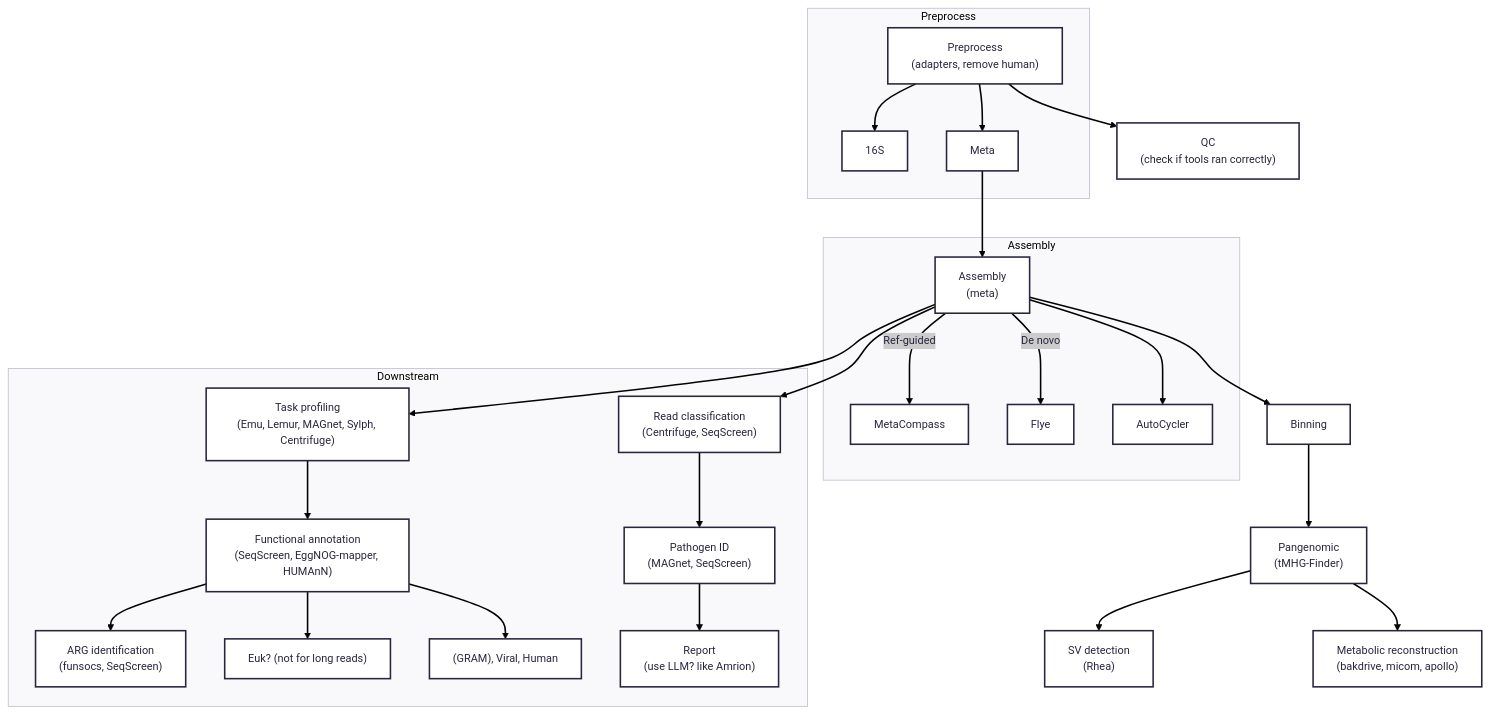
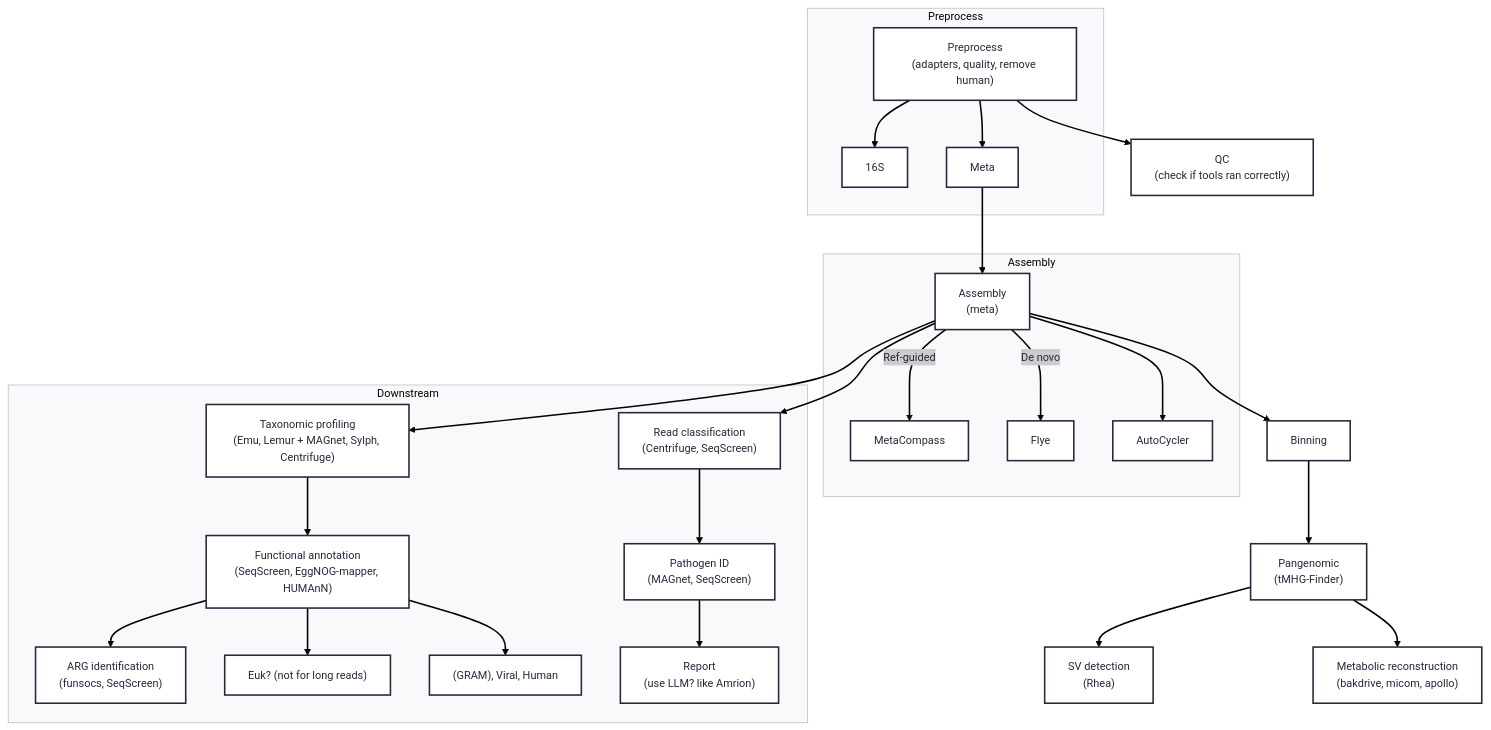
One commit to treangenlab/somatem changed the diagram in docs/flowchart.md. Above: the diagram before and after it, drawn with Mermaid.

Commit message:
mermaidchart recalibrated

````diff
--- a/docs/flowchart.md
+++ b/docs/flowchart.md
@@ -1,40 +1,40 @@
 ```mermaid
 ---
 config:
       theme: redux
 ---
 flowchart TD
-
-subgraph Preprocess
-    preprocess["Preprocess<br>(adapters, remove human)"]
-    preprocess --> fastq_16S[16S]
-    preprocess --> fastq_meta[Meta]
-end
-
-subgraph Assembly
-    fastq_meta --> asm["Assembly<br>(meta)"]
-    asm -->|Ref-guided| metacomp[MetaCompass]
-    asm -->|De novo| flye[Flye]
-    asm --> autocycler[AutoCycler]
-end
-
-asm --> binning[Binning]
-binning --> pangenomic["Pangenomic<br>(tMHG-Finder)"]
-pangenomic --> SV["SV detection<br>(Rhea)"]
-pangenomic --> metabolic["Metabolic reconstruction<br>(bakdrive, micom, apollo)"]
-
-subgraph Downstream
-    asm --> task["Task profiling<br>(Emu, Lemur, MAGnet, Sylph, Centrifuge)"]
-    task --> annotation["Functional annotation<br>(SeqScreen, EggNOG-mapper, HUMAnN)"]
-    annotation --> ARG["ARG identification<br>(funsocs, SeqScreen)"]
-    annotation --> eukaryote["Euk? (not for long reads)"]
-    annotation --> gramviral["(GRAM), Viral, Human"]
-
-    asm --> classification["Read classification<br>(Centrifuge, SeqScreen)"]
-    classification --> pathogen["Pathogen ID<br>(MAGnet, SeqScreen)"]
-
-    pathogen --> report["Report<br>(use LLM? like Amrion)"]
-end
-
-preprocess --> QC["QC<br>(check if tools ran correctly)"]
+ subgraph Preprocess["Preprocess"]
+        preprocess["Preprocess<br>(adapters, quality, remove human)"]
+        fastq_16S["16S"]
+        fastq_meta["Meta"]
+  end
+ subgraph Assembly["Assembly"]
+        asm["Assembly<br>(meta)"]
+        metacomp["MetaCompass"]
+        flye["Flye"]
+        autocycler["AutoCycler"]
+  end
+ subgraph Downstream["Downstream"]
+        task["Taxonomic profiling<br>(Emu, Lemur + MAGnet, Sylph, Centrifuge)"]
+        annotation["Functional annotation<br>(SeqScreen, EggNOG-mapper, HUMAnN)"]
+        ARG["ARG identification<br>(funsocs, SeqScreen)"]
+        eukaryote["Euk? (not for long reads)"]
+        gramviral["(GRAM), Viral, Human"]
+        classification["Read classification<br>(Centrifuge, SeqScreen)"]
+        pathogen["Pathogen ID<br>(MAGnet, SeqScreen)"]
+        report["Report<br>(use LLM? like Amrion)"]
+  end
+    preprocess --> fastq_16S & fastq_meta & QC["QC<br>(check if tools ran correctly)"]
+    fastq_meta --> asm
+    asm -- "Ref-guided" --> metacomp
+    asm -- De novo --> flye
+    asm --> autocycler & binning["Binning"] & task & classification
+    binning --> pangenomic["Pangenomic<br>(tMHG-Finder)"]
+    pangenomic --> SV["SV detection<br>(Rhea)"] & metabolic["Metabolic reconstruction<br>(bakdrive, micom, apollo)"]
+    task --> annotation
+    annotation --> ARG & eukaryote & gramviral
+    classification --> pathogen
+    pathogen --> report
+    
 ```
````
